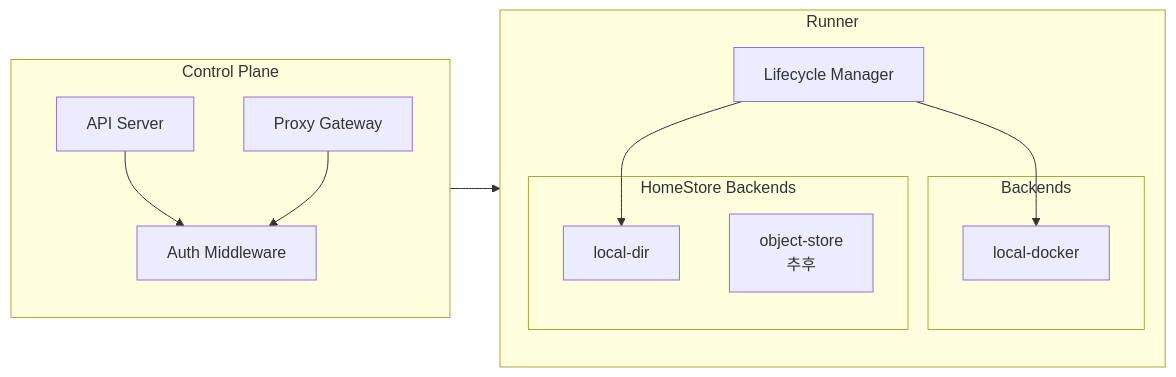
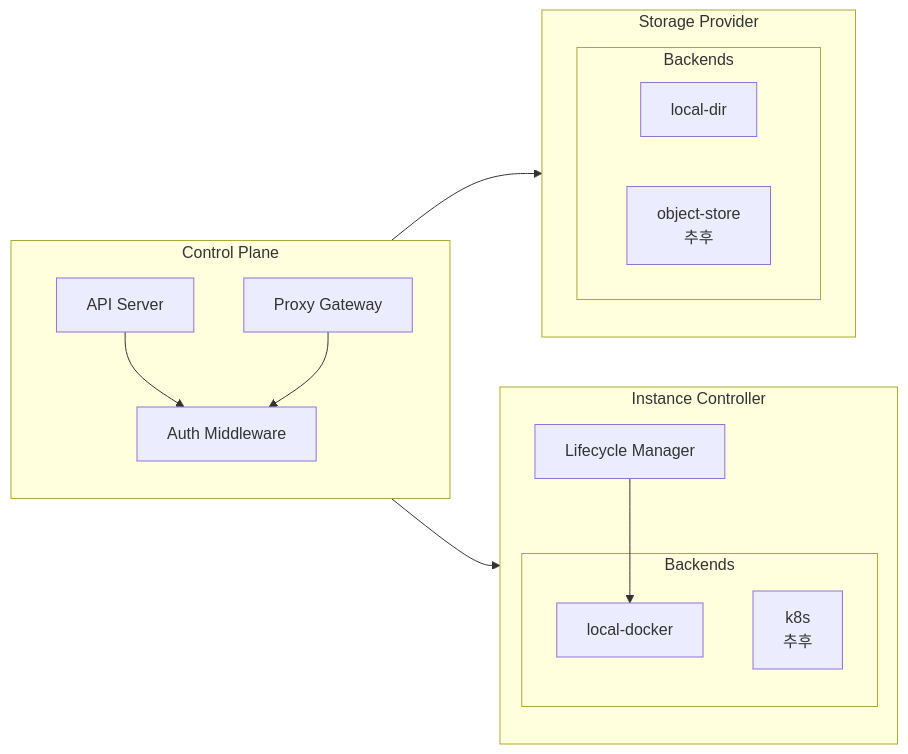
Before and after one commit to cagojeiger/code-hub: the eighth of 10 diagrams in docs/architecture.md, drawn with Mermaid. The commit also changed other lines of this file and 2 other files, not shown here.

First line of the commit message:
docs: rename components and redesign Storage Provider interface

````diff
--- a/docs/architecture.md
+++ b/docs/architecture.md
@@ -123,31 +254,35 @@
 ```mermaid
 graph LR
     subgraph ControlPlane[Control Plane]
         direction TB
         API[API Server]
         Auth[Auth Middleware]
         ProxyGW[Proxy Gateway]
 
         API --> Auth
         ProxyGW --> Auth
     end
 
-    subgraph Runner[Runner]
+    subgraph StorageProvider[Storage Provider]
+        direction TB
+        subgraph StorageBackends[Backends]
+            LocalDir[local-dir]
+            ObjectStore[object-store<br/>추후]
+        end
+    end
+
+    subgraph InstanceController[Instance Controller]
         direction TB
         LM[Lifecycle Manager]
 
-        subgraph Backends[Backends]
+        subgraph InstanceBackends[Backends]
             LocalDocker[local-docker]
-        end
-
-        subgraph HomeStoreBackends[HomeStore Backends]
-            LocalDir[local-dir]
-            ObjectStore[object-store<br/>추후]
+            K8s[k8s<br/>추후]
         end
 
         LM --> LocalDocker
-        LM --> LocalDir
     end
 
-    ControlPlane --> Runner
+    ControlPlane --> StorageProvider
+    ControlPlane --> InstanceController
 ```
````
